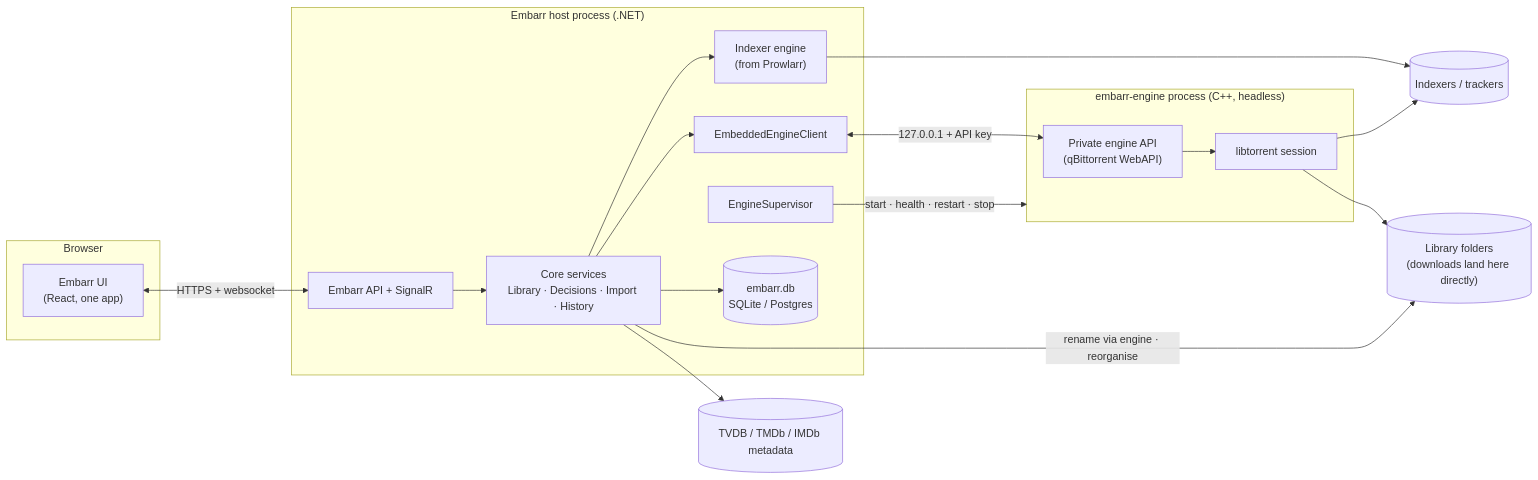
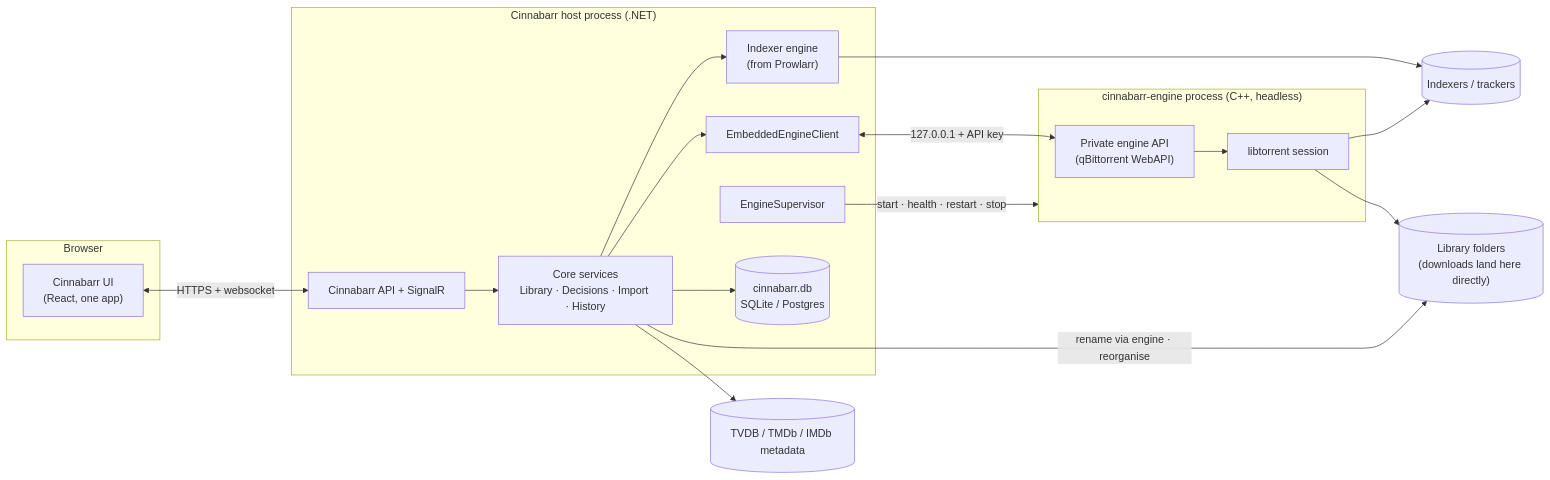
The diagram in docs/embarr/ROADMAP.md (flintstrike-nz/Cinnabarr), drawn with Mermaid before and after one commit. The commit also changed other lines of this file and 1 other file, not shown here.

First line of the commit message:
Roadmap: rename the product to Cinnabarr and add the Phase 1e rebrand step

````diff
--- a/docs/embarr/ROADMAP.md
+++ b/docs/embarr/ROADMAP.md
@@ -73,38 +75,38 @@
 ```mermaid
 flowchart LR
     subgraph Browser
-        UI["Embarr UI<br/>(React, one app)"]
+        UI["Cinnabarr UI<br/>(React, one app)"]
     end
 
-    subgraph Embarr["Embarr host process (.NET)"]
-        API["Embarr API + SignalR"]
+    subgraph Cinnabarr["Cinnabarr host process (.NET)"]
+        API["Cinnabarr API + SignalR"]
         Core["Core services<br/>Library · Decisions · Import · History"]
         Idx["Indexer engine<br/>(from Prowlarr)"]
         Sup["EngineSupervisor"]
         Client["EmbeddedEngineClient"]
-        DB[("embarr.db<br/>SQLite / Postgres")]
+        DB[("cinnabarr.db<br/>SQLite / Postgres")]
     end
 
-    subgraph Engine["embarr-engine process (C++, headless)"]
+    subgraph Engine["cinnabarr-engine process (C++, headless)"]
         EAPI["Private engine API<br/>(qBittorrent WebAPI)"]
         LT["libtorrent session"]
     end
 
     Trackers[("Indexers / trackers")]
     Meta[("TVDB / TMDb / IMDb metadata")]
     Disk[("Library folders<br/>(downloads land here directly)")]
 
     UI <-->|HTTPS + websocket| API
     API --> Core
     Core --> Idx
     Core --> Client
     Core --> DB
     Idx --> Trackers
     Core --> Meta
     Sup -->|start · health · restart · stop| Engine
     Client <-->|127.0.0.1 + API key| EAPI
     EAPI --> LT
     LT --> Trackers
     LT --> Disk
     Core -->|rename via engine · reorganise| Disk
 ```
````
